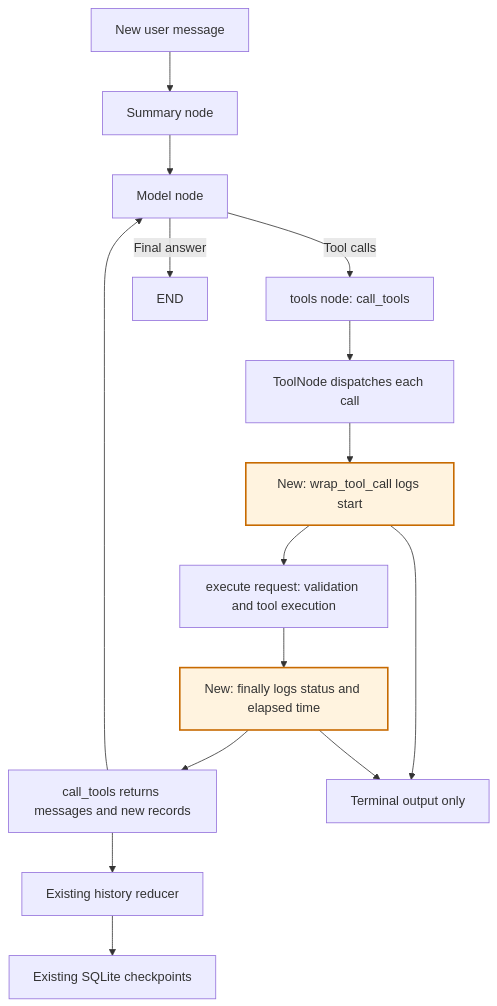
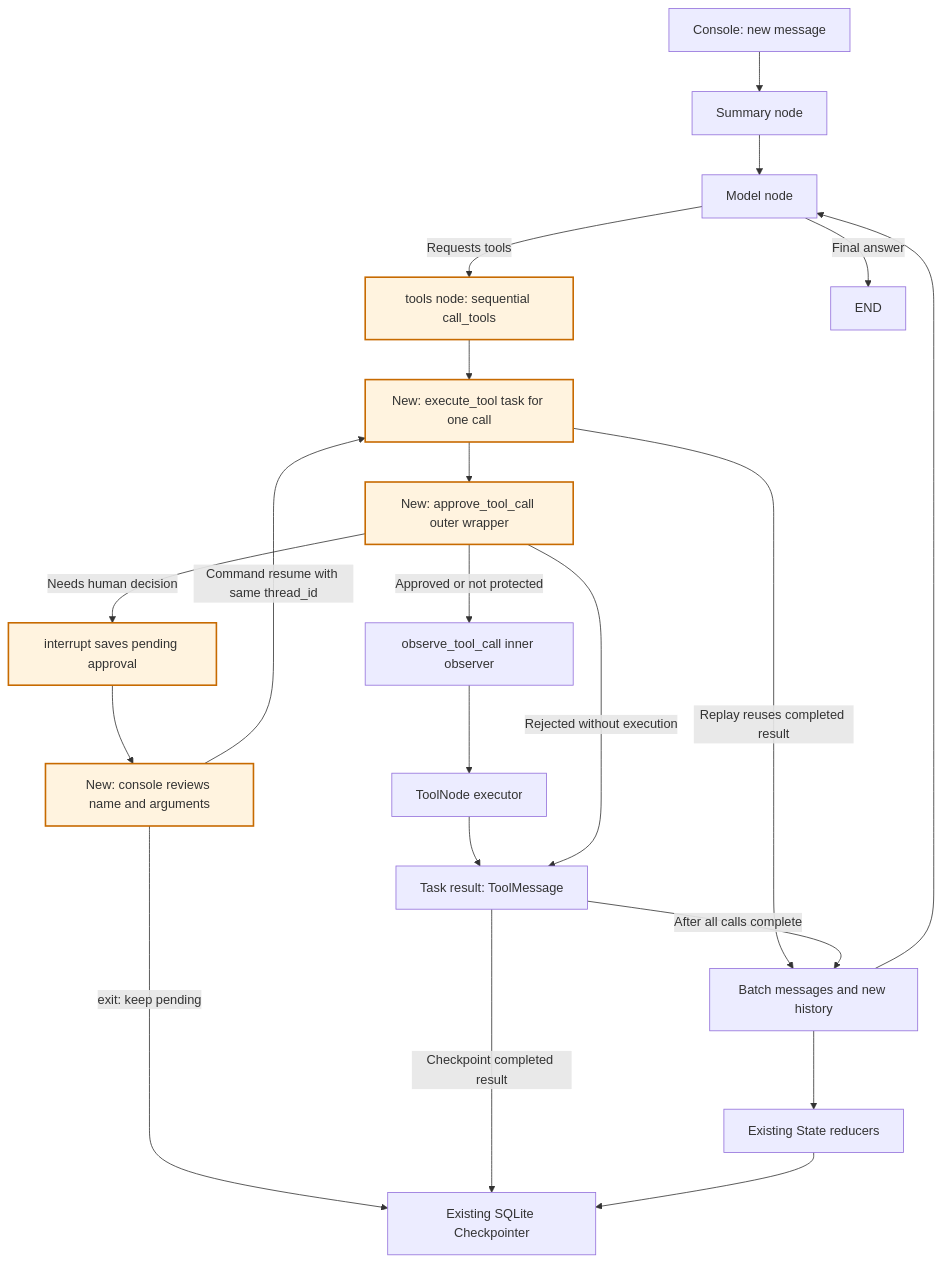
One commit to HarryXiong24/agents changed the seventh of 7 diagrams in src/agent_apps/todo_list_assistant_agent/docs/VERSIONS.md. Above: the diagram before and after it, drawn with Mermaid. The commit also changed other lines of this file and 13 other files, not shown here.

````diff
--- a/src/agent_apps/todo_list_assistant_agent/docs/VERSIONS.md
+++ b/src/agent_apps/todo_list_assistant_agent/docs/VERSIONS.md
@@ -986,19 +992,25 @@
 ```mermaid
 flowchart TD
-    I[New user message] --> S[Summary node]
+    I[Console: new message] --> S[Summary node]
     S --> M[Model node]
-    M -->|Tool calls| T[tools node: call_tools]
+    M -->|Requests tools| T[tools node: sequential call_tools]
     M -->|Final answer| E[END]
-    T --> N[ToolNode dispatches each call]
-    N --> B[New: wrap_tool_call logs start]
-    B --> X[execute request: validation and tool execution]
-    X --> F[New: finally logs status and elapsed time]
-    F --> U[call_tools returns messages and new records]
+    T --> K[New: execute_tool task for one call]
+    K --> H[New: approve_tool_call outer wrapper]
+    H -->|Needs human decision| P[interrupt saves pending approval]
+    P --> C[New: console reviews name and arguments]
+    C -->|exit: keep pending| DB[Existing SQLite Checkpointer]
+    C -->|Command resume with same thread_id| K
+    H -->|Approved or not protected| O[observe_tool_call inner observer]
+    O --> X[ToolNode executor]
+    X --> R[Task result: ToolMessage]
+    H -->|Rejected without execution| R
+    R -->|Checkpoint completed result| DB
+    K -->|Replay reuses completed result| U[Batch messages and new history]
+    R -->|After all calls complete| U
     U --> M
-    U --> R[Existing history reducer]
-    R --> CP[Existing SQLite checkpoints]
-    B --> C[Terminal output only]
-    F --> C
+    U --> G[Existing State reducers]
+    G --> DB
     classDef changed fill:#fff3df,stroke:#c76a00,stroke-width:2px;
-    class B,F changed;
+    class T,K,H,P,C changed;
 ```
````
